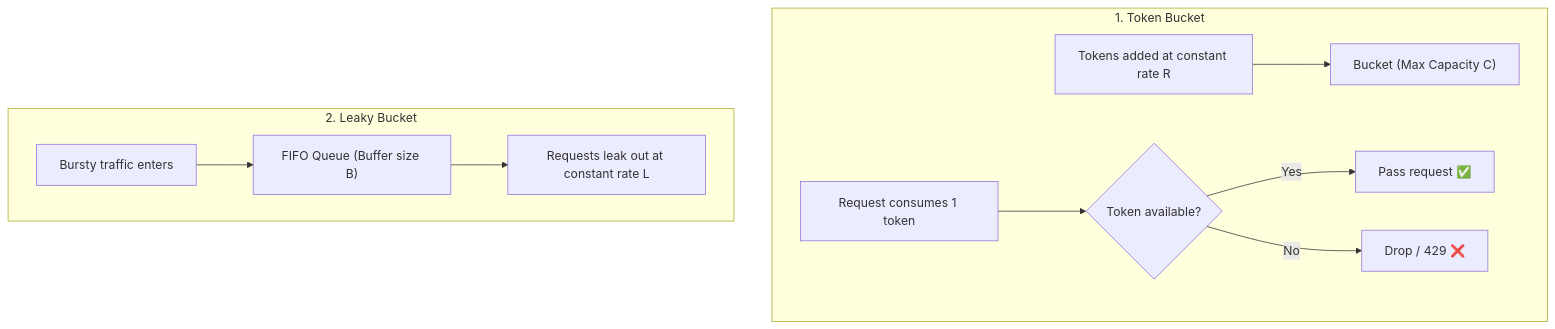
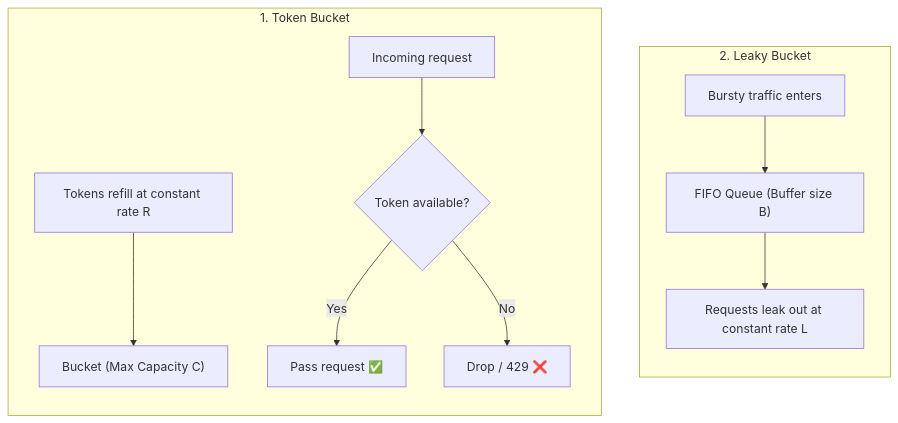
Before and after one commit to rohithgowda18/Notes: the ninth of 9 diagrams in 07-Backend-Engineering/Error Handling and Building Fault Tolerant Systems.md, drawn with Mermaid. The commit also changed other lines of this file and 15 other files, not shown here.

Commit message:
docs: audit Mermaid diagrams, optimize side-by-side layouts, and deduplicate DBMS advanced notes

````diff
--- a/07-Backend-Engineering/Error Handling and Building Fault Tolerant Systems.md
+++ b/07-Backend-Engineering/Error Handling and Building Fault Tolerant Systems.md
@@ -427,14 +431,18 @@
 ```mermaid
-flowchart TD
+flowchart LR
     subgraph TB ["1. Token Bucket"]
-        TB_Add["Tokens added at constant rate R"] --> TB_Bucket["Bucket (Max Capacity C)"]
-        TB_Req["Request consumes 1 token"] --> TB_Check{"Token available?"}
+        direction TB
+        TB_Add["Tokens refill at constant rate R"] --> TB_Bucket["Bucket (Max Capacity C)"]
+        TB_Req["Incoming request"] --> TB_Check{"Token available?"}
         TB_Check -- "Yes" --> TB_Allow["Pass request ✅"]
         TB_Check -- "No" --> TB_Drop["Drop / 429 ❌"]
     end
+
+    TB ~~~ LB
     
     subgraph LB ["2. Leaky Bucket"]
+        direction TB
         LB_Req["Bursty traffic enters"] --> LB_Queue["FIFO Queue (Buffer size B)"]
         LB_Queue --> LB_Leak["Requests leak out at constant rate L"]
     end
 ```
````
